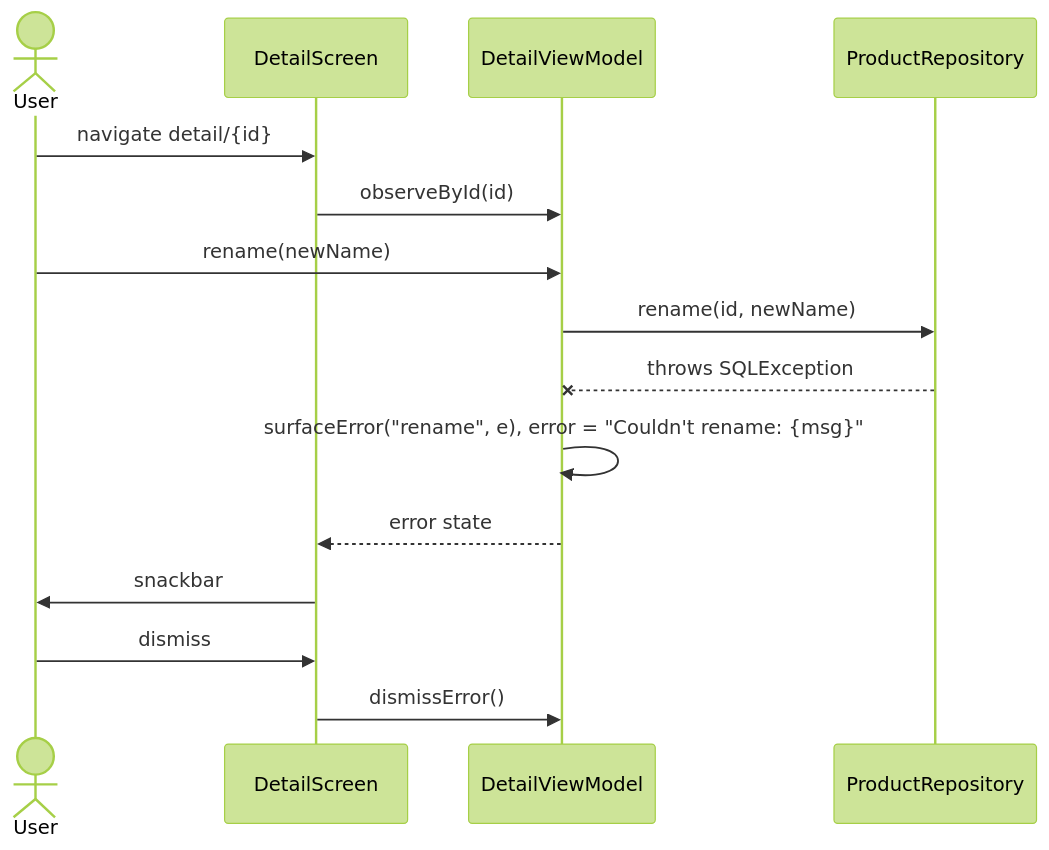
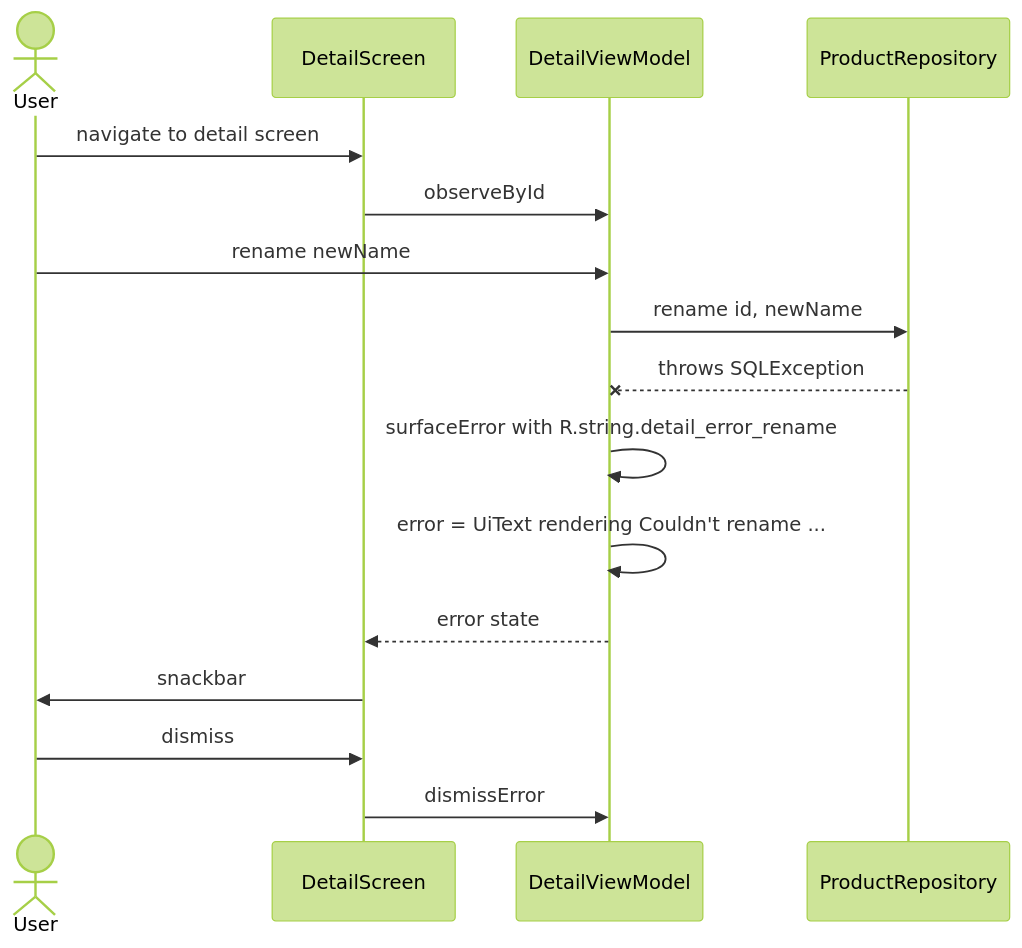
Before and after one commit to DocGerd/pantry-tracker: the fourth of 5 diagrams in docs/architecture/06-runtime-view.md, drawn with Mermaid (forest theme). The commit also changed other lines of this file and 3 other files, not shown here.

````diff
--- a/docs/architecture/06-runtime-view.md
+++ b/docs/architecture/06-runtime-view.md
@@ -116,17 +116,18 @@
 ```mermaid
 sequenceDiagram
     actor User
     participant DS as DetailScreen
     participant VM as DetailViewModel
     participant Repo as ProductRepository
-    User->>DS: navigate detail/{id}
-    DS->>VM: observeById(id)
-    User->>VM: rename(newName)
-    VM->>Repo: rename(id, newName)
+    User->>DS: navigate to detail screen
+    DS->>VM: observeById
+    User->>VM: rename newName
+    VM->>Repo: rename id, newName
     Repo--xVM: throws SQLException
-    VM->>VM: surfaceError("rename", e), error = "Couldn't rename: {msg}"
+    VM->>VM: surfaceError with R.string.detail_error_rename
+    VM->>VM: error = UiText rendering Couldn't rename ...
     VM-->>DS: error state
     DS->>User: snackbar
     User->>DS: dismiss
-    DS->>VM: dismissError()
+    DS->>VM: dismissError
 ```
````
